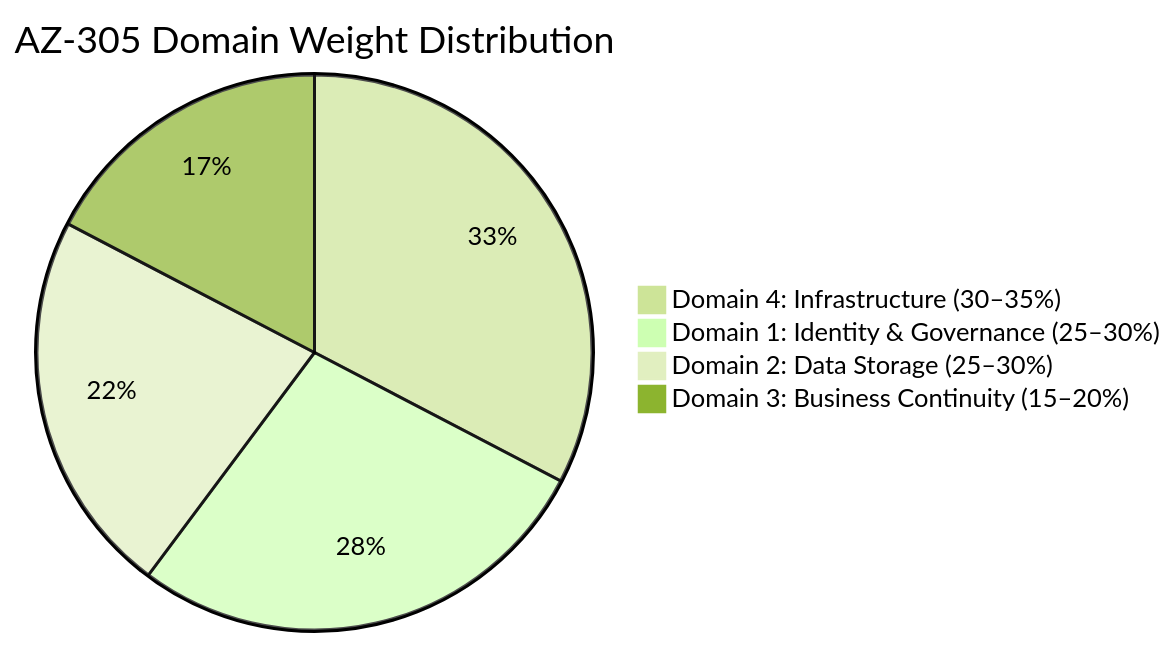
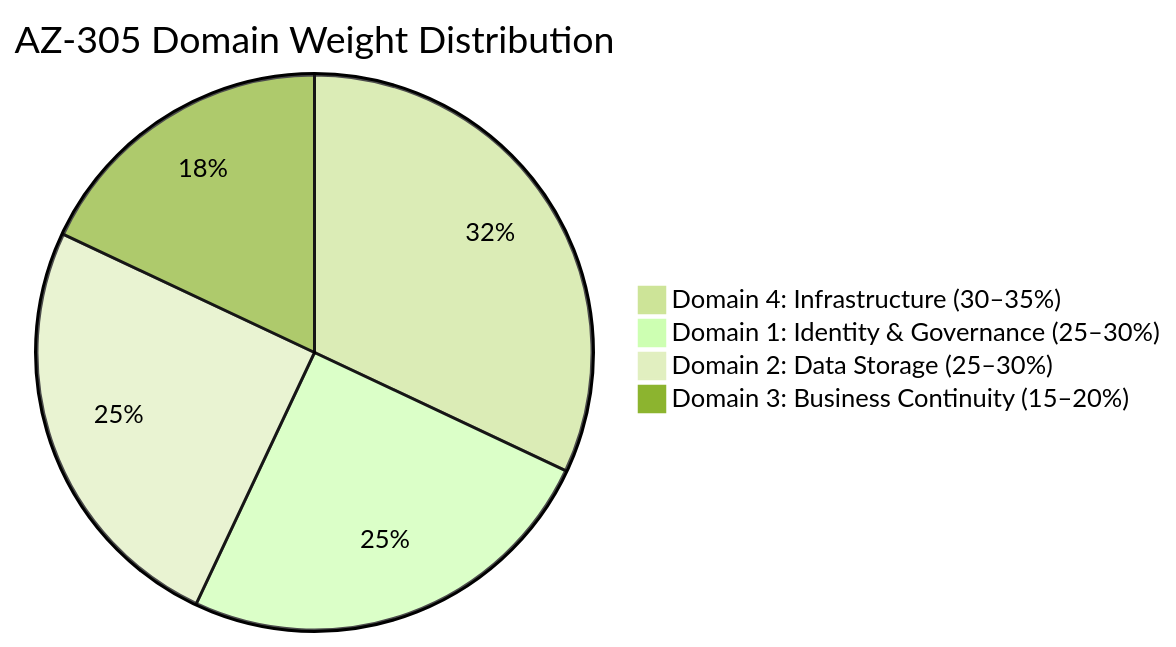
Before and after one commit to marcogrimaldi29/az-305-study-notes: the first of 3 diagrams in 06-quick-reference-cheatsheet.md, drawn with Mermaid (forest theme). The commit also changed other lines of this file and 2 other files, not shown here.

Commit message:
Update AZ-305 cheatsheet and site config
Adjust exam metadata and domain weights in the quick-reference cheatsheet (duration changed to 120 minutes, EU cost ~€126, domain weight values updated). Remove the 4-week study plan Gantt from README. Fix site configuration: correct logo path and change footer separators/spacing for cleaner display. These edits keep exam info current and tidy site branding/layout.

````diff
--- a/06-quick-reference-cheatsheet.md
+++ b/06-quick-reference-cheatsheet.md
@@ -27,7 +27,7 @@
 ```mermaid
 pie title AZ-305 Domain Weight Distribution
     "Domain 4: Infrastructure (30–35%)" : 32
-    "Domain 1: Identity & Governance (25–30%)" : 27
-    "Domain 2: Data Storage (25–30%)" : 22
-    "Domain 3: Business Continuity (15–20%)" : 17
+    "Domain 1: Identity & Governance (25–30%)" : 25
+    "Domain 2: Data Storage (25–30%)" : 25
+    "Domain 3: Business Continuity (15–20%)" : 18
 ```
````
